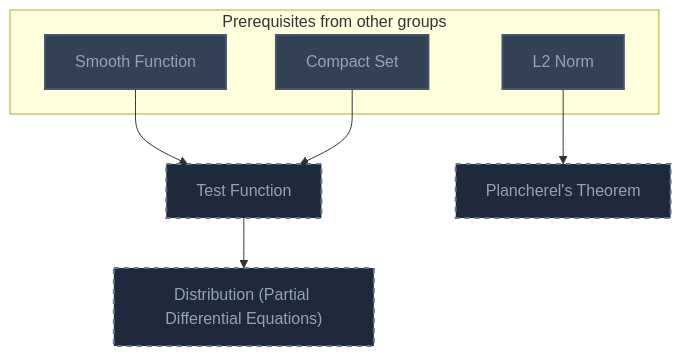
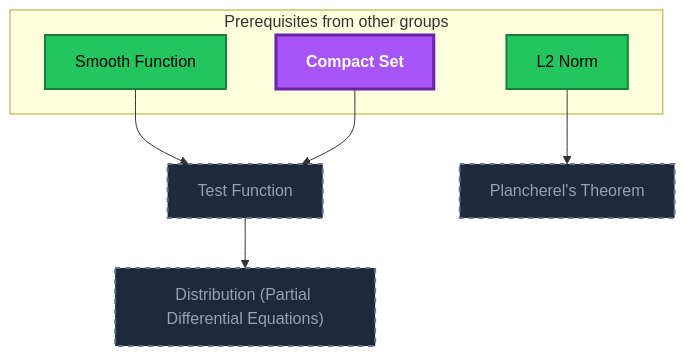
One commit to MRauf1/My-Notes changed diagram 12 of 25 in Gamification/Skill Trees/Partial Differential Equations.md. Above: the diagram before and after it, drawn with Mermaid. The commit also changed other lines of this file and 145 other files, not shown here.

````diff
--- a/Gamification/Skill Trees/Partial Differential Equations.md
+++ b/Gamification/Skill Trees/Partial Differential Equations.md
@@ -764,27 +780,28 @@
 ```mermaid
 flowchart TD
     classDef planned fill:#1E293B,stroke:#64748B,stroke-width:2px,stroke-dasharray:5 5,color:#94A3B8;
     classDef locked fill:#334155,stroke:#475569,stroke-width:2px,color:#94A3B8;
     classDef L0 fill:#F1F5F9,stroke:#94A3B8,stroke-width:2px,color:#000000;
     classDef L1 fill:#22C55E,stroke:#15803D,stroke-width:2px,color:#000000;
     classDef L2 fill:#3B82F6,stroke:#1D4ED8,stroke-width:3px,color:#FFFFFF;
     classDef L3 fill:#A855F7,stroke:#6B21A8,stroke-width:3px,color:#FFFFFF,font-weight:bold;
     classDef L4 fill:#F97316,stroke:#C2410C,stroke-width:4px,color:#000000,font-weight:bold;
     classDef L5 fill:#FFD700,stroke:#FF8C00,stroke-width:5px,color:#000000,font-weight:bold;
     classDef rusty stroke:#8B4513,stroke-width:4px,stroke-dasharray:3 3;
     subgraph sg_prereqs["Prerequisites from other groups"]
         n_smooth_function["Smooth Function"]
         n_compact_set["Compact Set"]
         n_l2_norm["L2 Norm"]
     end
     n_test_function["Test Function"]
     n_distribution_partial_differential_equations["Distribution (Partial Differential Equations)"]
     n_plancherel_s_theorem["Plancherel's Theorem"]
     n_smooth_function --> n_test_function
     n_compact_set --> n_test_function
     n_test_function --> n_distribution_partial_differential_equations
     n_l2_norm --> n_plancherel_s_theorem
     class n_test_function,n_distribution_partial_differential_equations,n_plancherel_s_theorem planned;
-    class n_smooth_function,n_compact_set,n_l2_norm locked;
+    class n_smooth_function,n_l2_norm L1;
+    class n_compact_set L3;
     class n_smooth_function,n_compact_set,n_l2_norm internal-link;
 ```
````
